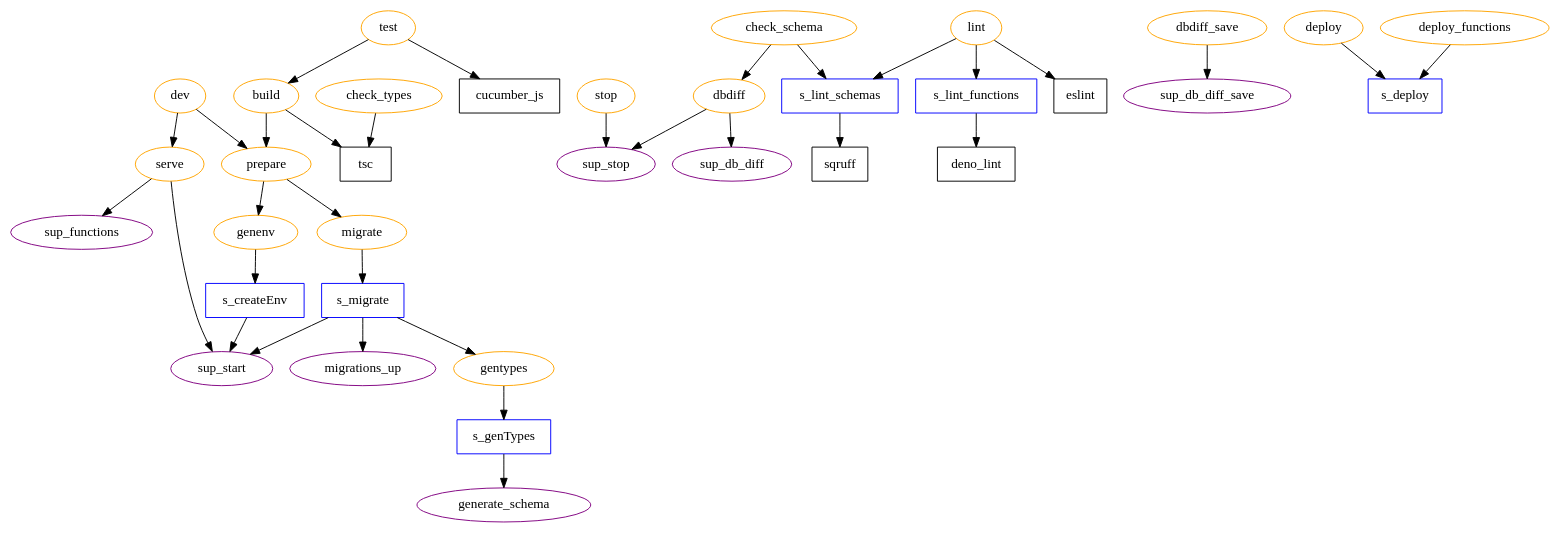
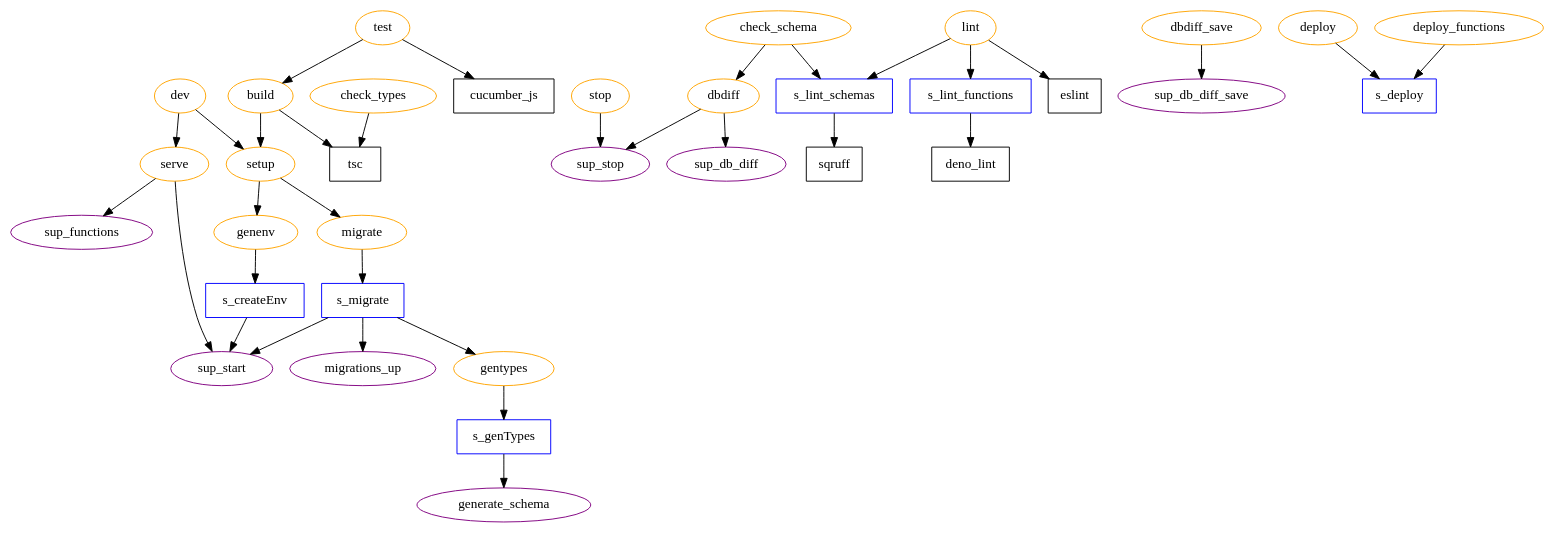
One commit to DiscourseGraphs/discourse-graph changed the diagram in packages/database/doc/tasks.dot. Above: the diagram before and after it, drawn with Graphviz. The commit also changed 5 other files, not shown here.

```diff
--- a/packages/database/doc/tasks.dot
+++ b/packages/database/doc/tasks.dot
@@ -1,84 +1,84 @@
 DiGraph G {
 
 /* package-level tasks */
 
 node [color=orange]
 
 dev
-prepare
+setup
 serve
 stop
 check_types
 check_schema
 lint
 build
 test
 genenv
 dbdiff
 dbdiff_save
 deploy
 deploy_functions
 migrate
 gentypes
 
 /* supabase functions */
 node [color=purple]
 
 sup_db_diff_save
 sup_db_diff
 sup_functions
 sup_start
 sup_stop
 migrations_up
 generate_schema
 
 
 
 /* scripts */
 node [color=blue; shape=rectangle]
 
 s_createEnv
 s_genTypes
 s_migrate
 s_lint_schemas
 s_lint_functions
 s_deploy
 
 /* Other scripts */
 node [color=black]
 sqruff
 deno_lint
 tsc
 cucumber_js
 
 /* links */
 
     migrate -> s_migrate -> gentypes -> s_genTypes
     s_migrate -> migrations_up
-    dev -> prepare
+    dev -> setup
     dev -> serve
-    prepare -> genenv
-    prepare -> migrate
+    setup -> genenv
+    setup -> migrate
     serve -> sup_start
     serve -> sup_functions
     s_createEnv -> sup_start
     stop -> sup_stop
     check_types -> tsc
     check_schema -> s_lint_schemas
     check_schema -> dbdiff
     lint -> eslint
     lint -> s_lint_functions -> deno_lint
     lint -> s_lint_schemas -> sqruff
     test -> build
     test -> cucumber_js
     genenv -> s_createEnv
     dbdiff -> sup_stop
     dbdiff -> sup_db_diff
     dbdiff_save -> sup_db_diff_save
     deploy -> s_deploy
     deploy_functions -> s_deploy
-    build -> prepare
+    build -> setup
     build -> tsc
     s_genTypes -> generate_schema
     s_migrate -> sup_start
 }
```
